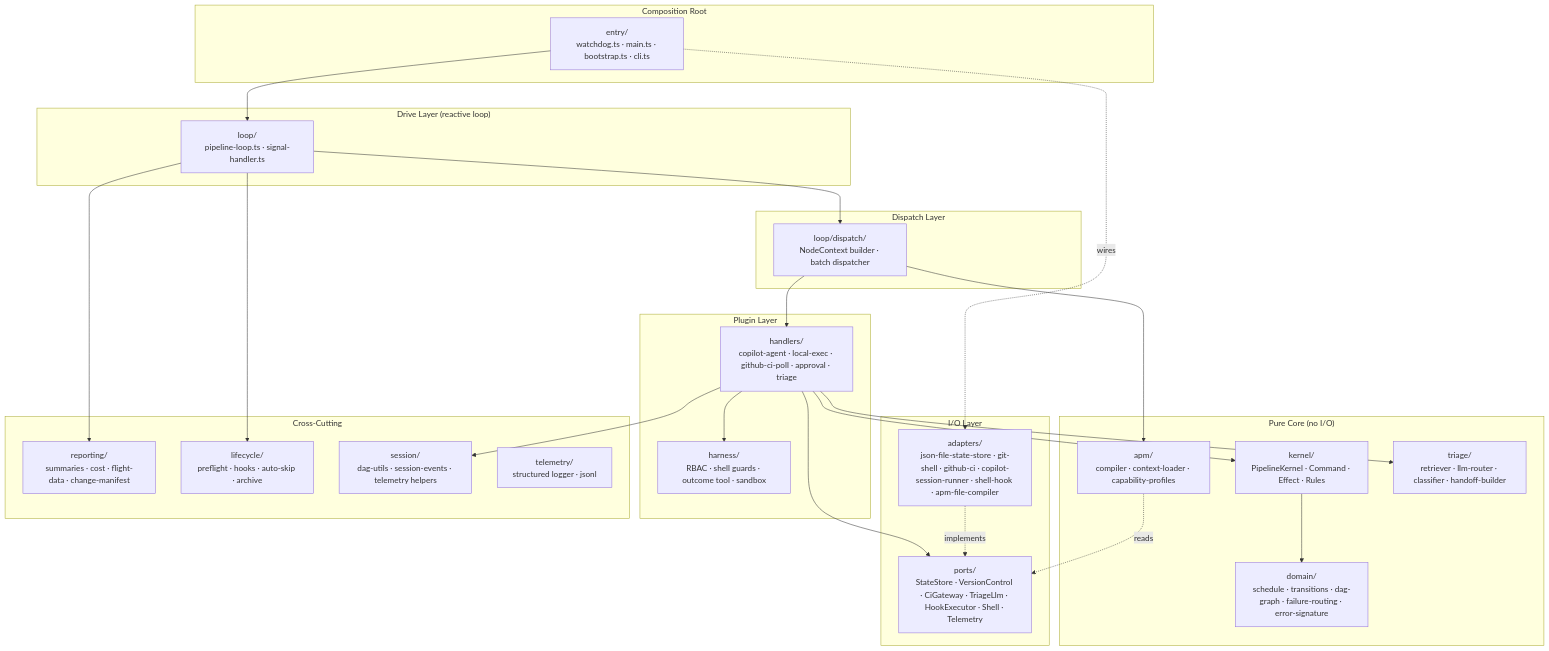
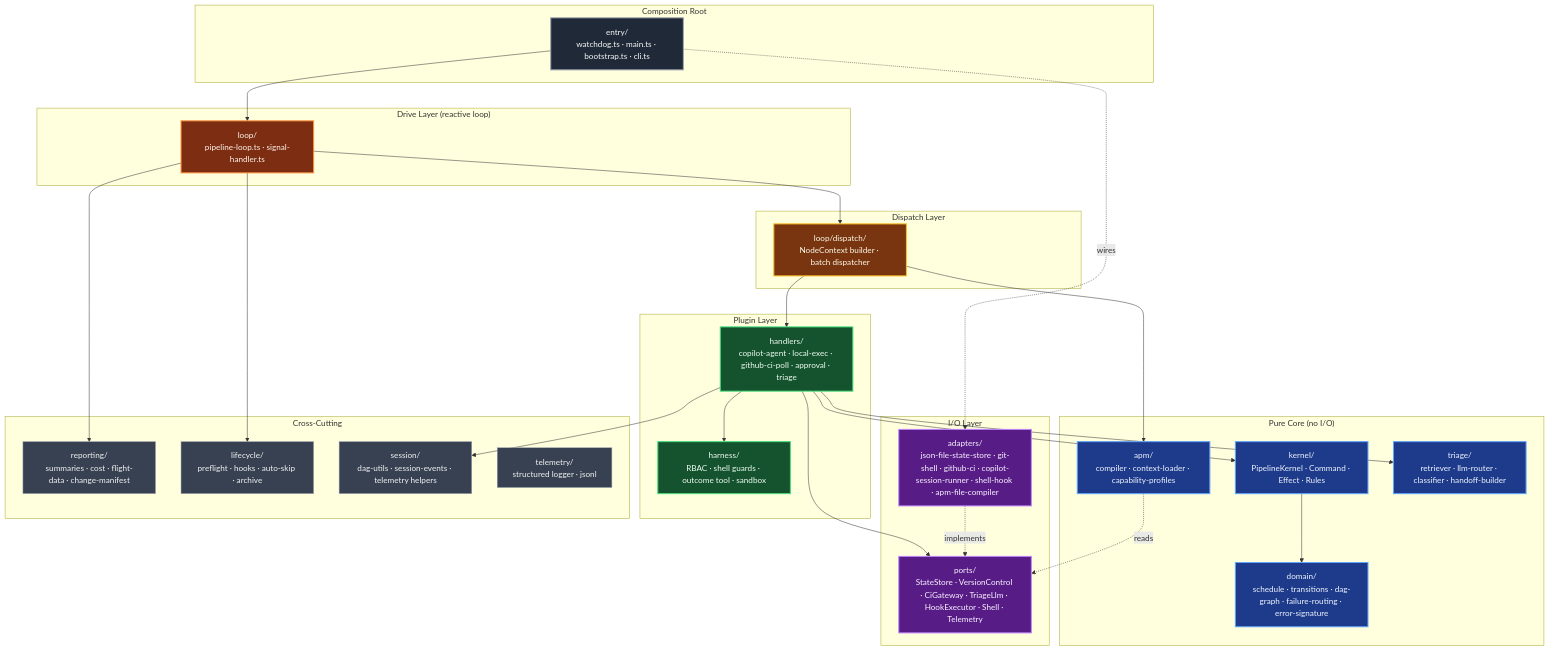
One commit to RomanKaliupinMelonusa/DAGent-t changed the diagram in tools/autonomous-factory/README.md. Above: the diagram before and after it, drawn with Mermaid.

````diff
--- a/tools/autonomous-factory/README.md
+++ b/tools/autonomous-factory/README.md
@@ -26,54 +26,70 @@
 ```mermaid
 flowchart TB
     subgraph CR["Composition Root"]
         ENTRY["entry/<br/>watchdog.ts · main.ts · bootstrap.ts · cli.ts"]
     end
 
     subgraph DRIVE["Drive Layer (reactive loop)"]
         LOOP["loop/<br/>pipeline-loop.ts · signal-handler.ts"]
     end
 
     subgraph DISP["Dispatch Layer"]
         DISPATCH["loop/dispatch/<br/>NodeContext builder · batch dispatcher"]
     end
 
     subgraph PLUG["Plugin Layer"]
         HANDLERS["handlers/<br/>copilot-agent · local-exec · github-ci-poll · approval · triage"]
         HARNESS["harness/<br/>RBAC · shell guards · outcome tool · sandbox"]
     end
 
     subgraph CORE["Pure Core (no I/O)"]
         KERNEL["kernel/<br/>PipelineKernel · Command · Effect · Rules"]
         DOMAIN["domain/<br/>schedule · transitions · dag-graph · failure-routing · error-signature"]
         APM["apm/<br/>compiler · context-loader · capability-profiles"]
         TRIAGE["triage/<br/>retriever · llm-router · classifier · handoff-builder"]
     end
 
     subgraph IO["I/O Layer"]
         PORTS["ports/<br/>StateStore · VersionControl · CiGateway · TriageLlm · HookExecutor · Shell · Telemetry"]
         ADAPTERS["adapters/<br/>json-file-state-store · git-shell · github-ci · copilot-session-runner · shell-hook · apm-file-compiler"]
     end
 
     subgraph XCUT["Cross-Cutting"]
         REPORTING["reporting/<br/>summaries · cost · flight-data · change-manifest"]
         LIFECYCLE["lifecycle/<br/>preflight · hooks · auto-skip · archive"]
         SESSION["session/<br/>dag-utils · session-events · telemetry helpers"]
         TELEMETRY["telemetry/<br/>structured logger · jsonl"]
     end
 
     ENTRY --> LOOP
     LOOP --> DISPATCH
     DISPATCH --> HANDLERS
     HANDLERS --> HARNESS
     HANDLERS --> KERNEL
     HANDLERS --> TRIAGE
     HANDLERS --> PORTS
     KERNEL --> DOMAIN
     DISPATCH --> APM
     APM -.->|reads| PORTS
     ADAPTERS -.->|implements| PORTS
     ENTRY -.->|wires| ADAPTERS
     LOOP --> REPORTING
     LOOP --> LIFECYCLE
     HANDLERS --> SESSION
+
+    classDef compRoot fill:#1f2937,stroke:#9ca3af,stroke-width:2px,color:#f9fafb
+    classDef drive fill:#7c2d12,stroke:#fb923c,stroke-width:2px,color:#fff7ed
+    classDef dispatch fill:#78350f,stroke:#fbbf24,stroke-width:2px,color:#fffbeb
+    classDef plugin fill:#14532d,stroke:#4ade80,stroke-width:2px,color:#f0fdf4
+    classDef core fill:#1e3a8a,stroke:#60a5fa,stroke-width:2px,color:#eff6ff
+    classDef io fill:#581c87,stroke:#c084fc,stroke-width:2px,color:#faf5ff
+    classDef xcut fill:#374151,stroke:#9ca3af,stroke-width:1px,color:#f3f4f6
+
+    class ENTRY compRoot
+    class LOOP drive
+    class DISPATCH dispatch
+    class HANDLERS,HARNESS plugin
+    class KERNEL,DOMAIN,APM,TRIAGE core
+    class PORTS,ADAPTERS io
+    class REPORTING,LIFECYCLE,SESSION,TELEMETRY xcut
 ```
````
